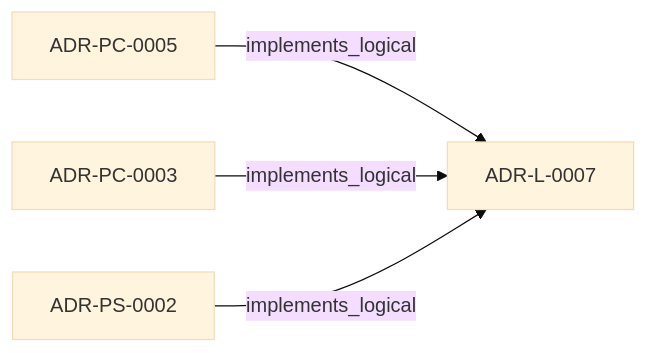
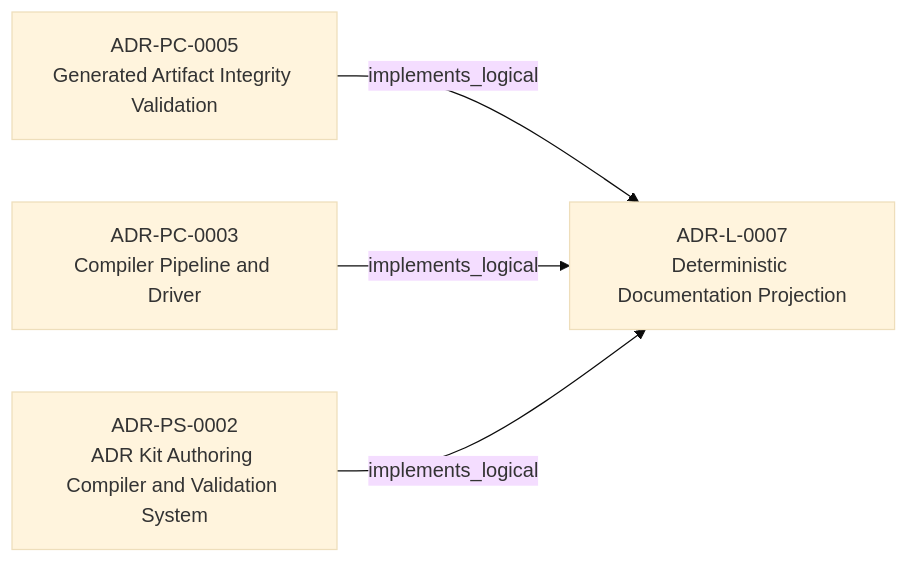
The first of 2 diagrams in adrs/adr-projection/logical/ADR-L-0007-deterministic-documentation-projection.md (egallmann/adr-architecture-kit), drawn with Mermaid (base theme) before and after one commit. The commit also changed other lines of this file and 35 other files, not shown here.

First line of the commit message:
docs: regenerate deterministic ADR-PC projections

````diff
--- a/adrs/adr-projection/logical/ADR-L-0007-deterministic-documentation-projection.md
+++ b/adrs/adr-projection/logical/ADR-L-0007-deterministic-documentation-projection.md
@@ -30,10 +30,10 @@
 ```mermaid
 flowchart LR
-  n_019fee89_e615_7b9c_8e3f_32ceeda01491["ADR-L-0007"]
-  n_019fee89_e618_74b2_a83e_e41c7d8c9f37["ADR-PC-0005"]
-  n_019fee89_e618_7b76_843f_cfe21ceb2ea6["ADR-PC-0003"]
-  n_019fee89_e618_7d04_9337_4aa2d3258507["ADR-PS-0002"]
+  n_019fee89_e615_7b9c_8e3f_32ceeda01491["ADR-L-0007<br/>Deterministic Documentation Projection"]
+  n_019fee89_e618_74b2_a83e_e41c7d8c9f37["ADR-PC-0005<br/>Generated Artifact Integrity Validation"]
+  n_019fee89_e618_7b76_843f_cfe21ceb2ea6["ADR-PC-0003<br/>Compiler Pipeline and Driver"]
+  n_019fee89_e618_7d04_9337_4aa2d3258507["ADR-PS-0002<br/>ADR Kit Authoring Compiler and Validation System"]
   n_019fee89_e618_74b2_a83e_e41c7d8c9f37 -->|"implements_logical"| n_019fee89_e615_7b9c_8e3f_32ceeda01491
   n_019fee89_e618_7b76_843f_cfe21ceb2ea6 -->|"implements_logical"| n_019fee89_e615_7b9c_8e3f_32ceeda01491
   n_019fee89_e618_7d04_9337_4aa2d3258507 -->|"implements_logical"| n_019fee89_e615_7b9c_8e3f_32ceeda01491
 ```
````
